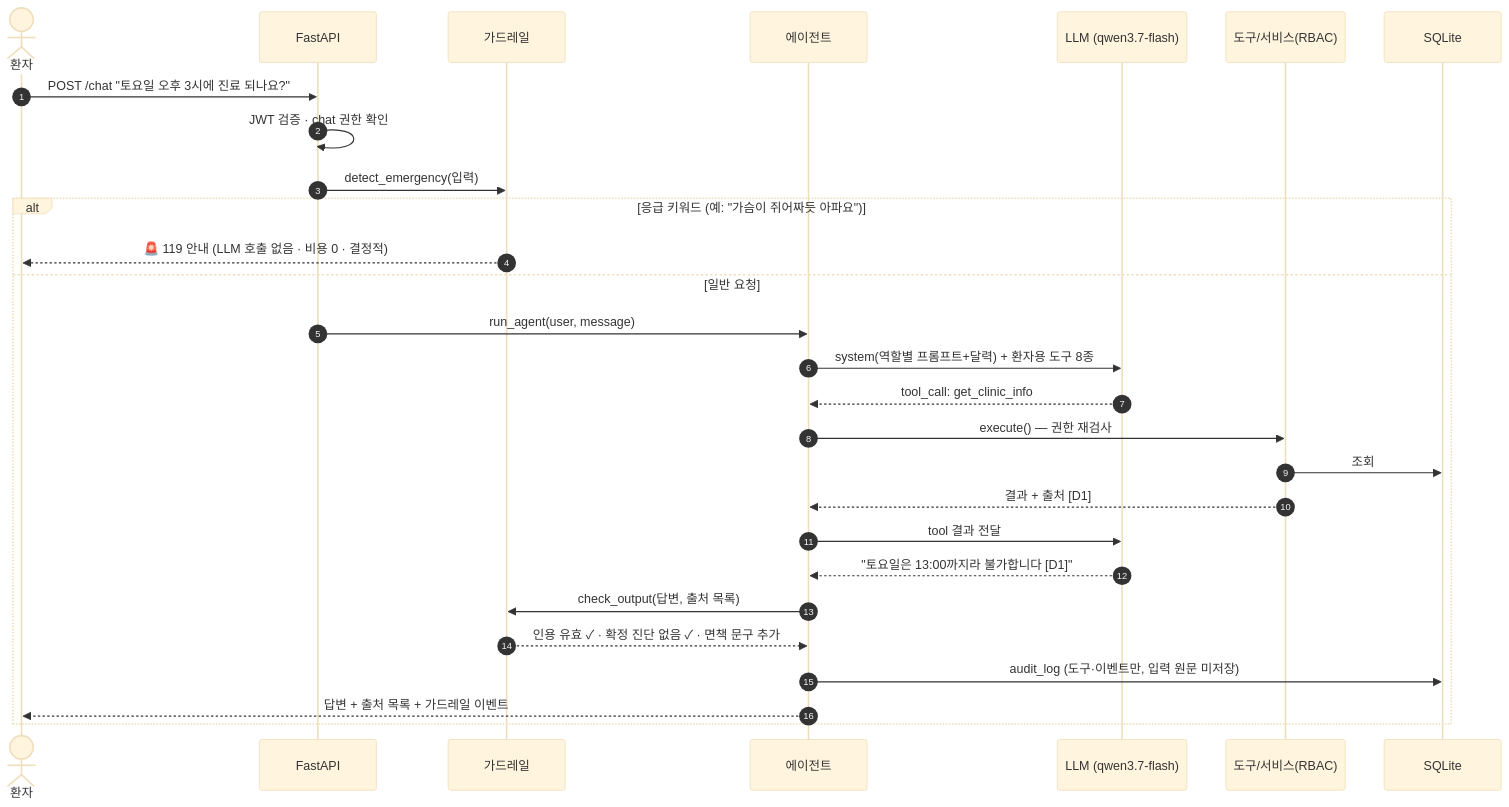
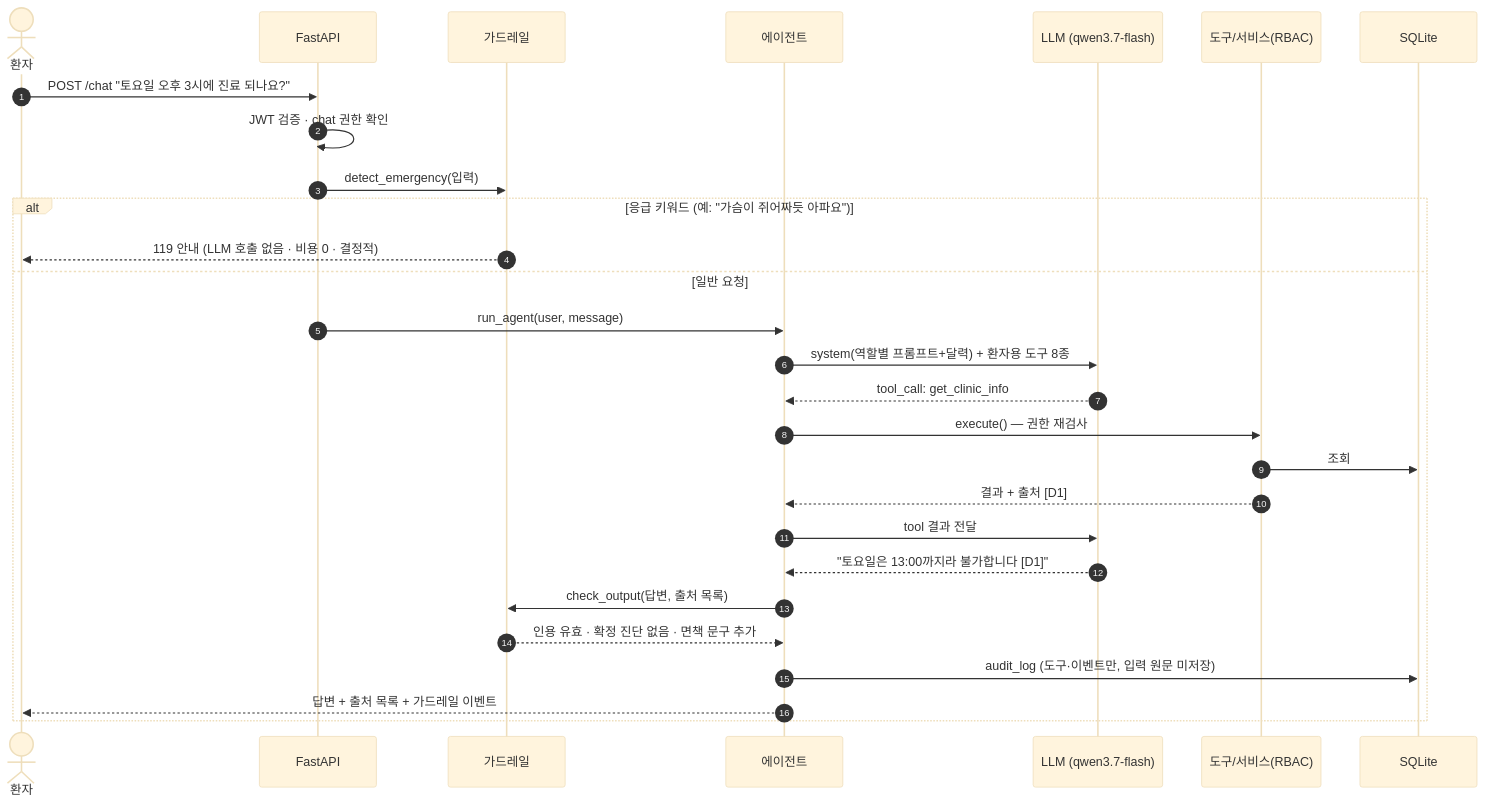
The second of 6 diagrams in README.md (minhahamin/mediRail), drawn with Mermaid (base theme) before and after one commit. The commit also changed other lines of this file and 5 other files, not shown here.

````diff
--- a/README.md
+++ b/README.md
@@ -145,31 +145,31 @@
 ```mermaid
 sequenceDiagram
     autonumber
     actor P as 환자
     participant API as FastAPI
     participant G as 가드레일
     participant A as 에이전트
     participant L as LLM (qwen3.7-flash)
     participant T as 도구/서비스(RBAC)
     participant DB as SQLite
 
     P->>API: POST /chat "토요일 오후 3시에 진료 되나요?"
     API->>API: JWT 검증 · chat 권한 확인
     API->>G: detect_emergency(입력)
     alt 응급 키워드 (예: "가슴이 쥐어짜듯 아파요")
-        G-->>P: 🚨 119 안내 (LLM 호출 없음 · 비용 0 · 결정적)
+        G-->>P: 119 안내 (LLM 호출 없음 · 비용 0 · 결정적)
     else 일반 요청
         API->>A: run_agent(user, message)
         A->>L: system(역할별 프롬프트+달력) + 환자용 도구 8종
         L-->>A: tool_call: get_clinic_info
         A->>T: execute() — 권한 재검사
         T->>DB: 조회
         T-->>A: 결과 + 출처 [D1]
         A->>L: tool 결과 전달
         L-->>A: "토요일은 13:00까지라 불가합니다 [D1]"
         A->>G: check_output(답변, 출처 목록)
-        G-->>A: 인용 유효 ✓ · 확정 진단 없음 ✓ · 면책 문구 추가
+        G-->>A: 인용 유효 · 확정 진단 없음 · 면책 문구 추가
         A->>DB: audit_log (도구·이벤트만, 입력 원문 미저장)
         A-->>P: 답변 + 출처 목록 + 가드레일 이벤트
     end
 ```
````
